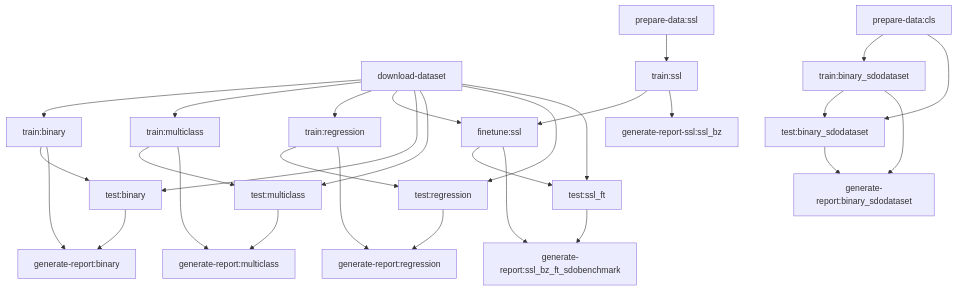
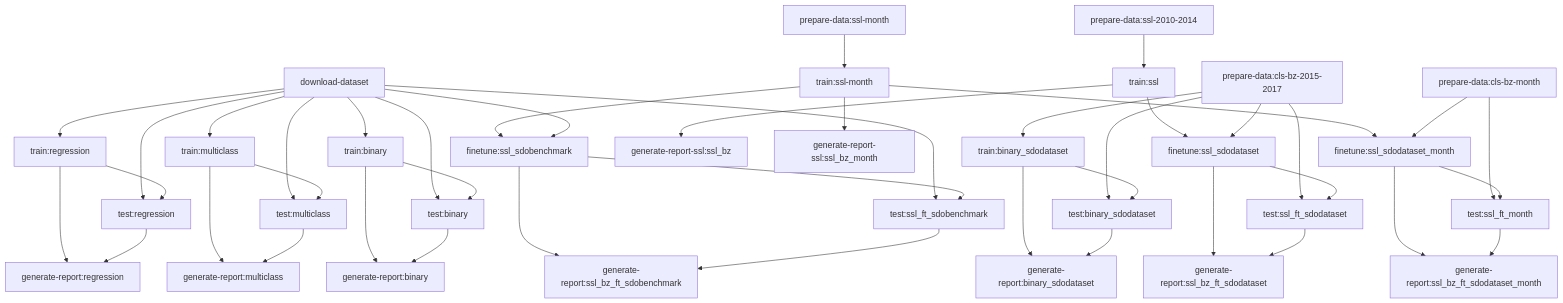
The diagram in models/pipeline.md (jdonzallaz/solarnet), drawn with Mermaid before and after one commit. The commit also changed 116 other files, not shown here.

````diff
--- a/models/pipeline.md
+++ b/models/pipeline.md
@@ -2,31 +2,45 @@
 ```mermaid
 graph TD;
 download-dataset --> train:binary
 download-dataset --> train:multiclass
 download-dataset --> train:regression
-prepare-data:cls --> train:binary_sdodataset
-prepare-data:ssl --> train:ssl
-train:ssl --> finetune:ssl
-download-dataset --> finetune:ssl
+prepare-data:cls-bz-2015-2017 --> train:binary_sdodataset
+prepare-data:ssl-2010-2014 --> train:ssl
+prepare-data:ssl-month --> train:ssl-month
+train:ssl-month --> finetune:ssl_sdobenchmark
+download-dataset --> finetune:ssl_sdobenchmark
+train:ssl --> finetune:ssl_sdodataset
+prepare-data:cls-bz-2015-2017 --> finetune:ssl_sdodataset
+train:ssl-month --> finetune:ssl_sdodataset_month
+prepare-data:cls-bz-month --> finetune:ssl_sdodataset_month
 download-dataset --> test:binary
 train:binary --> test:binary
 download-dataset --> test:multiclass
 train:multiclass --> test:multiclass
 download-dataset --> test:regression
 train:regression --> test:regression
-prepare-data:cls --> test:binary_sdodataset
+prepare-data:cls-bz-2015-2017 --> test:binary_sdodataset
 train:binary_sdodataset --> test:binary_sdodataset
-download-dataset --> test:ssl_ft
-finetune:ssl --> test:ssl_ft
+download-dataset --> test:ssl_ft_sdobenchmark
+finetune:ssl_sdobenchmark --> test:ssl_ft_sdobenchmark
+prepare-data:cls-bz-2015-2017 --> test:ssl_ft_sdodataset
+finetune:ssl_sdodataset --> test:ssl_ft_sdodataset
+prepare-data:cls-bz-month --> test:ssl_ft_month
+finetune:ssl_sdodataset_month --> test:ssl_ft_month
 train:binary --> generate-report:binary
 test:binary --> generate-report:binary
 train:multiclass --> generate-report:multiclass
 test:multiclass --> generate-report:multiclass
 train:regression --> generate-report:regression
 test:regression --> generate-report:regression
 train:binary_sdodataset --> generate-report:binary_sdodataset
 test:binary_sdodataset --> generate-report:binary_sdodataset
-finetune:ssl --> generate-report:ssl_bz_ft_sdobenchmark
-test:ssl_ft --> generate-report:ssl_bz_ft_sdobenchmark
+finetune:ssl_sdobenchmark --> generate-report:ssl_bz_ft_sdobenchmark
+test:ssl_ft_sdobenchmark --> generate-report:ssl_bz_ft_sdobenchmark
+finetune:ssl_sdodataset --> generate-report:ssl_bz_ft_sdodataset
+test:ssl_ft_sdodataset --> generate-report:ssl_bz_ft_sdodataset
+finetune:ssl_sdodataset_month --> generate-report:ssl_bz_ft_sdodataset_month
+test:ssl_ft_month --> generate-report:ssl_bz_ft_sdodataset_month
 train:ssl --> generate-report-ssl:ssl_bz
+train:ssl-month --> generate-report-ssl:ssl_bz_month
 ```
````
